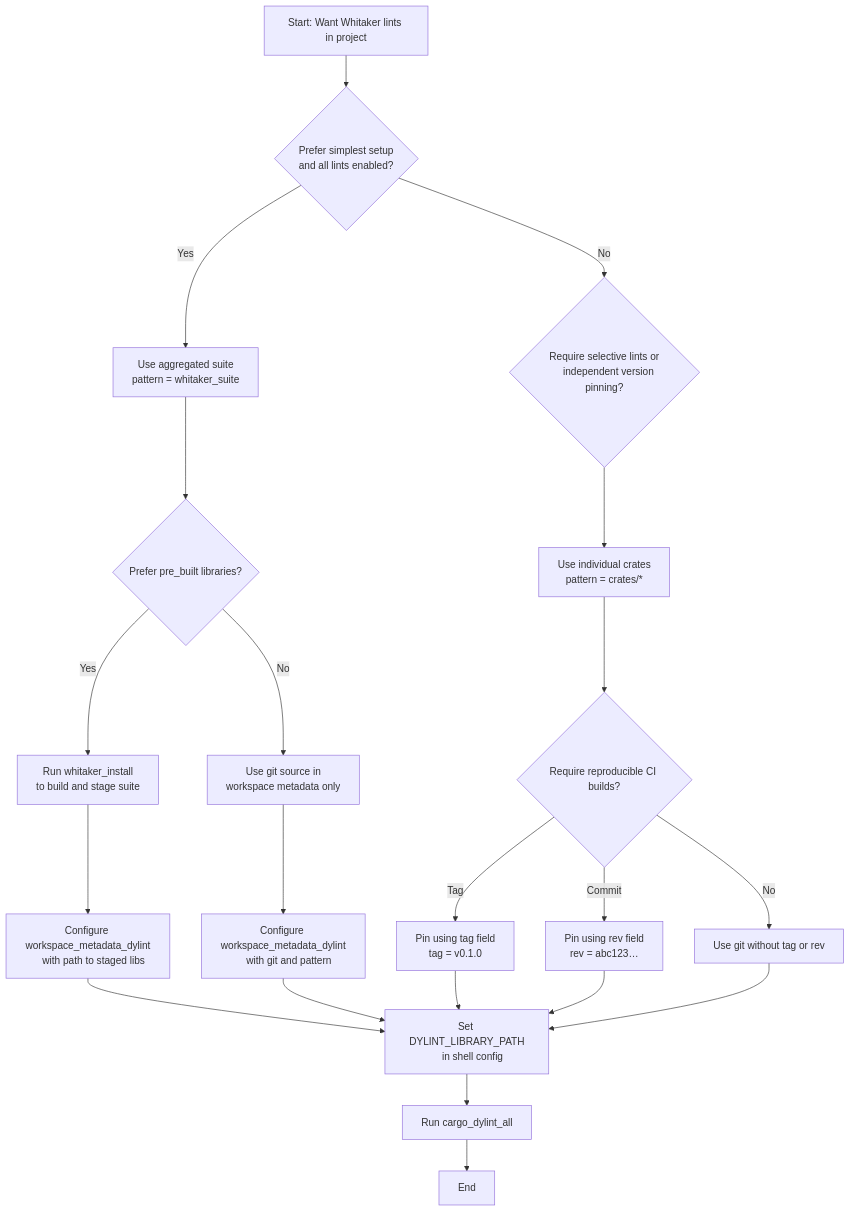
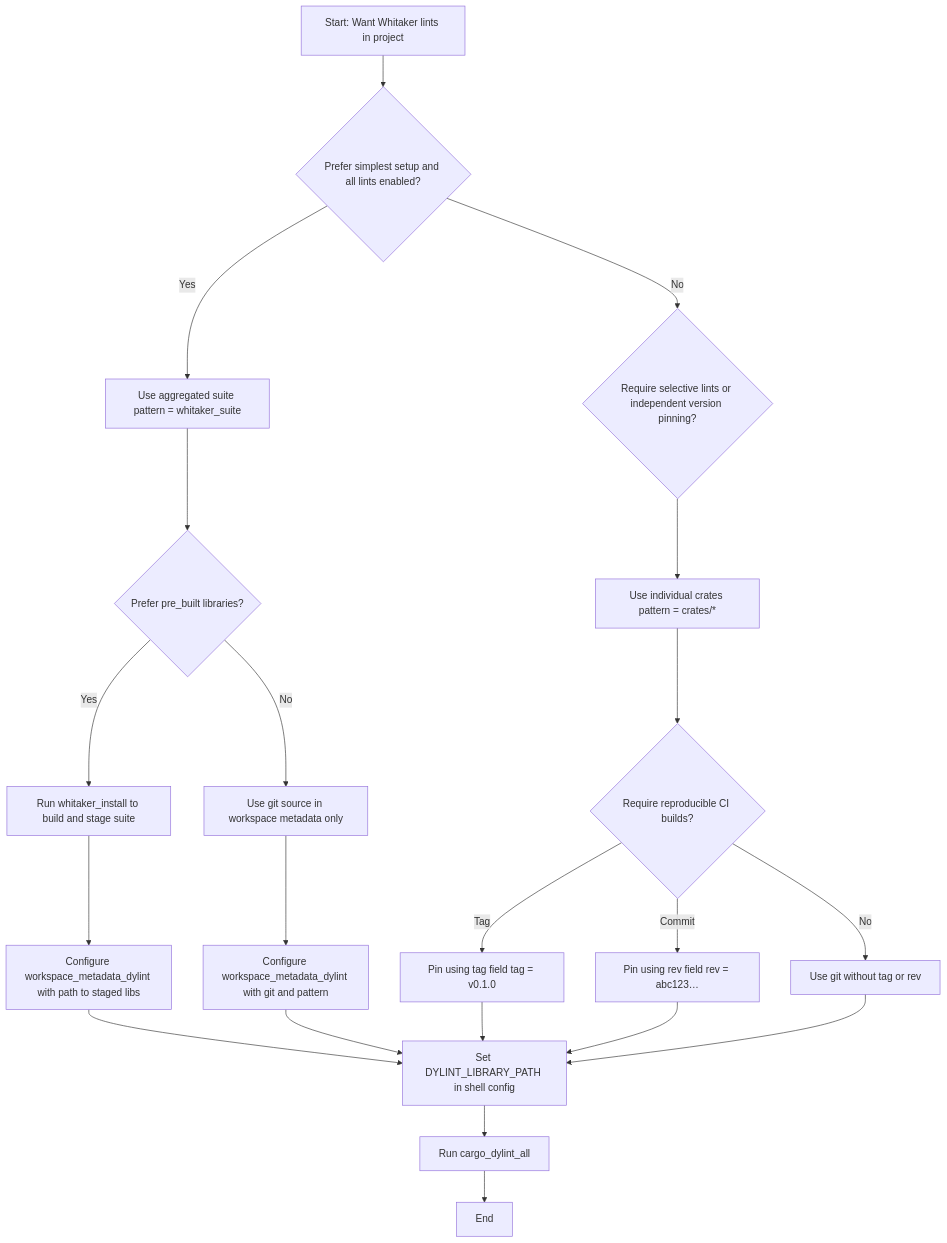
The diagram in docs/whitaker-dylint-suite-design.md (leynos/whitaker), drawn with Mermaid before and after one commit. The commit also changed 1 other file, not shown here.

First paragraph of the commit message:
Audit roadmap task dependencies (#255)
* Audit and normalise roadmap task dependencies

````diff
--- a/docs/whitaker-dylint-suite-design.md
+++ b/docs/whitaker-dylint-suite-design.md
@@ -1645,40 +1645,29 @@
 ```mermaid
 flowchart TD
-    A_start[Start: Want Whitaker lints in project] --> B_decide_mode{Prefer simplest setup
-    and all lints enabled?}
-    B_decide_mode -->|Yes| C_suite[Use aggregated suite
-    pattern = whitaker_suite]
-    B_decide_mode -->|No| D_selective{Require selective lints or
-    independent version pinning?}
+    A_start[Start: Want Whitaker lints in project] --> B_decide_mode{Prefer simplest setup and all lints enabled?}
+    B_decide_mode -->|Yes| C_suite[Use aggregated suite pattern = whitaker_suite]
+    B_decide_mode -->|No| D_selective{Require selective lints or independent version pinning?}
 
     C_suite --> E_install_choice{Prefer pre_built libraries?}
-    D_selective --> F_individual[Use individual crates
-    pattern = crates/*]
+    D_selective --> F_individual[Use individual crates pattern = crates/*]
 
-    E_install_choice -->|Yes| G_run_installer[Run whitaker_install
-    to build and stage suite]
-    E_install_choice -->|No| H_use_git[Use git source in
-    workspace metadata only]
+    E_install_choice -->|Yes| G_run_installer[Run whitaker_install to build and stage suite]
+    E_install_choice -->|No| H_use_git[Use git source in workspace metadata only]
 
     F_individual --> I_version_pin{Require reproducible CI builds?}
-    I_version_pin -->|Tag| J_tag_pin[Pin using tag field
-    tag = v0.1.0]
-    I_version_pin -->|Commit| K_rev_pin[Pin using rev field
-    rev = abc123…]
+    I_version_pin -->|Tag| J_tag_pin[Pin using tag field tag = v0.1.0]
+    I_version_pin -->|Commit| K_rev_pin[Pin using rev field rev = abc123…]
     I_version_pin -->|No| L_unpinned[Use git without tag or rev]
 
-    G_run_installer --> M_workspace_path[Configure workspace_metadata_dylint
-    with path to staged libs]
-    H_use_git --> N_workspace_git[Configure workspace_metadata_dylint
-    with git and pattern]
+    G_run_installer --> M_workspace_path[Configure workspace_metadata_dylint with path to staged libs]
+    H_use_git --> N_workspace_git[Configure workspace_metadata_dylint with git and pattern]
 
-    M_workspace_path --> O_set_env[Set DYLINT_LIBRARY_PATH
-    in shell config]
+    M_workspace_path --> O_set_env[Set DYLINT_LIBRARY_PATH in shell config]
     N_workspace_git --> O_set_env
     J_tag_pin --> O_set_env
     K_rev_pin --> O_set_env
     L_unpinned --> O_set_env
 
     O_set_env --> P_run_lints[Run cargo_dylint_all]
     P_run_lints --> Q_end[End]
 ```
````
